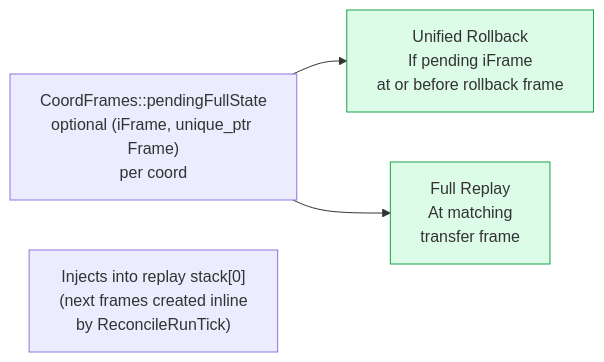
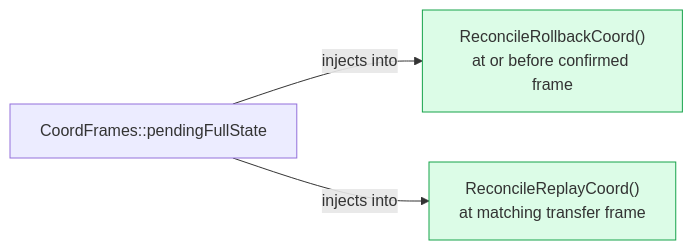
One commit to DougTanner/BrokenEnginePublic changed the second of 6 diagrams in Documents/Architecture/GameReconciliation.md. Above: the diagram before and after it, drawn with Mermaid. The commit also changed other lines of this file and 66 other files, not shown here.

````diff
--- a/Documents/Architecture/GameReconciliation.md
+++ b/Documents/Architecture/GameReconciliation.md
@@ -63,15 +66,13 @@
 ```mermaid
 %%{init: {'theme': 'default'}}%%
 flowchart LR
     classDef injection fill:#dcfce7,stroke:#16a34a
 
-    PFS["CoordFrames::pendingFullState<br/>optional (iFrame, unique_ptr Frame)<br/>per coord"]
+    PFS["CoordFrames::pendingFullState"]
 
-    PRE["Unified Rollback<br/>If pending iFrame<br/>at or before rollback frame"]:::injection
-    MAIN["Full Replay<br/>At matching<br/>transfer frame"]:::injection
+    PRE["ReconcileRollbackCoord()<br/>at or before confirmed frame"]:::injection
+    MAIN["ReconcileReplayCoord()<br/>at matching transfer frame"]:::injection
 
-    PFS --> PRE
-    PFS --> MAIN
-
-    NOTE["Injects into replay stack[0]<br/>(next frames created inline<br/>by ReconcileRunTick)"]
+    PFS -->|"injects into"| PRE
+    PFS -->|"injects into"| MAIN
 ```
````
